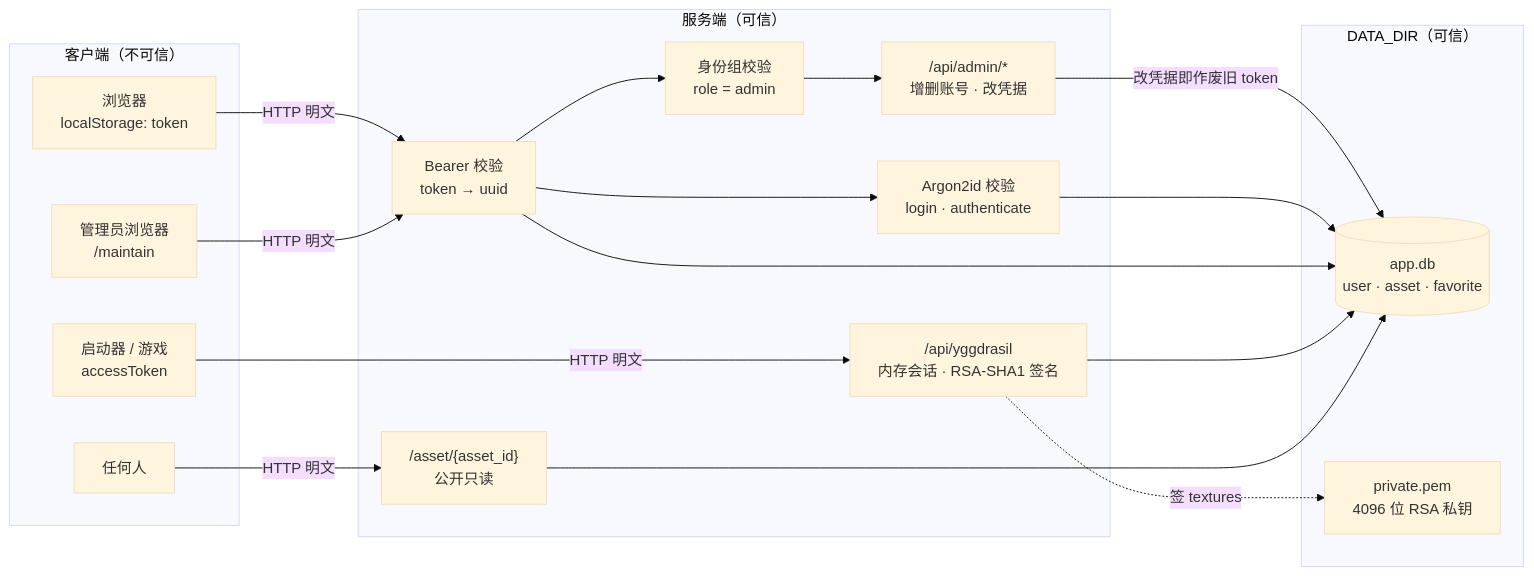
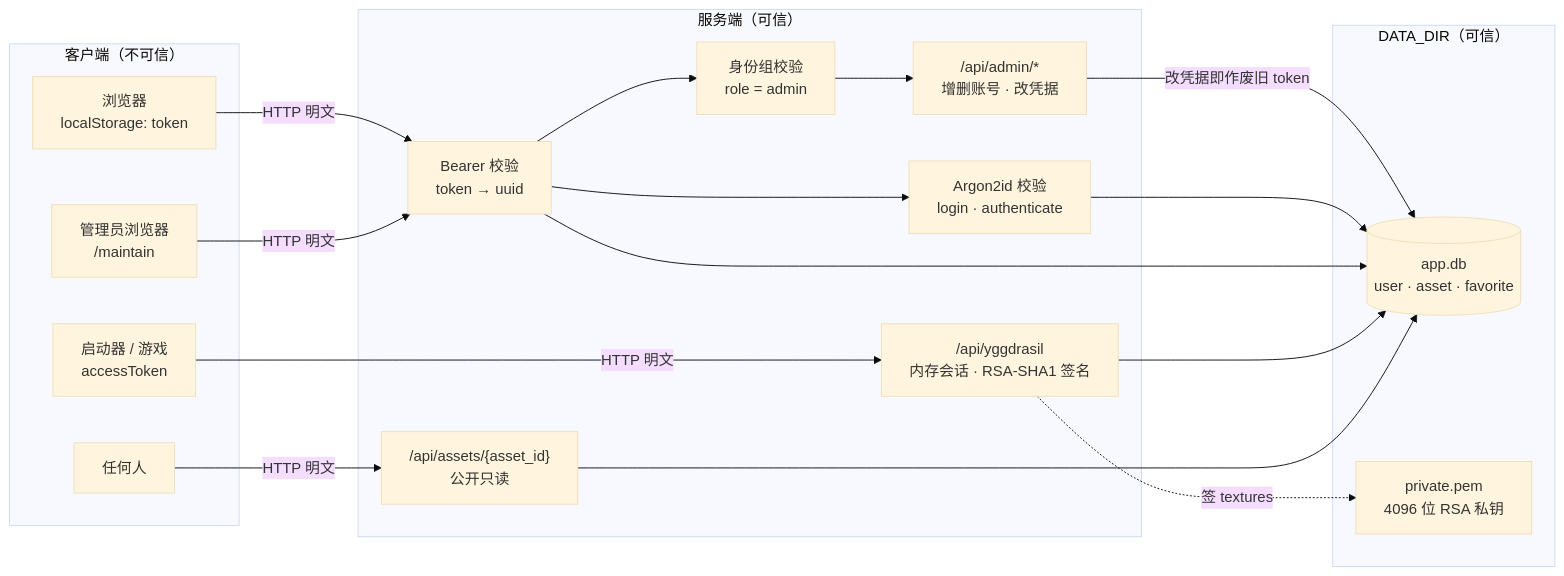
Before and after one commit to hm-service/scoped-skin: the third of 4 diagrams in DESIGN.md, drawn with Mermaid (base theme). The commit also changed other lines of this file and 64 other files, not shown here.

````diff
--- a/DESIGN.md
+++ b/DESIGN.md
@@ -297,37 +302,37 @@
 ```mermaid
 flowchart LR
   subgraph client["客户端（不可信）"]
     browser["浏览器<br/>localStorage: token"]
     admin["管理员浏览器<br/>/maintain"]
     launcher["启动器 / 游戏<br/>accessToken"]
     anyone["任何人"]
   end
 
   subgraph server["服务端（可信）"]
     bearer["Bearer 校验<br/>token → uuid"]
     role["身份组校验<br/>role = admin"]
     pwd["Argon2id 校验<br/>login · authenticate"]
     manage["/api/admin/*<br/>增删账号 · 改凭据"]
     ygg["/api/yggdrasil<br/>内存会话 · RSA-SHA1 签名"]
-    assets["/asset/{asset_id}<br/>公开只读"]
+    assets["/api/assets/{asset_id}<br/>公开只读"]
   end
 
   subgraph store["DATA_DIR（可信）"]
     db[("app.db<br/>user · asset · favorite")]
     key["private.pem<br/>4096 位 RSA 私钥"]
   end
 
   browser -->|"HTTP 明文"| bearer
   admin -->|"HTTP 明文"| bearer
   launcher -->|"HTTP 明文"| ygg
   anyone -->|"HTTP 明文"| assets
   bearer --> pwd
   bearer --> role
   role --> manage
   manage -->|"改凭据即作废旧 token"| db
   pwd --> db
   bearer --> db
   ygg --> db
   ygg -.->|"签 textures"| key
   assets --> db
 ```
````
